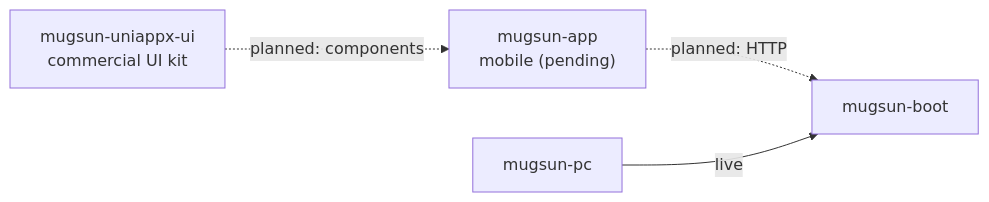
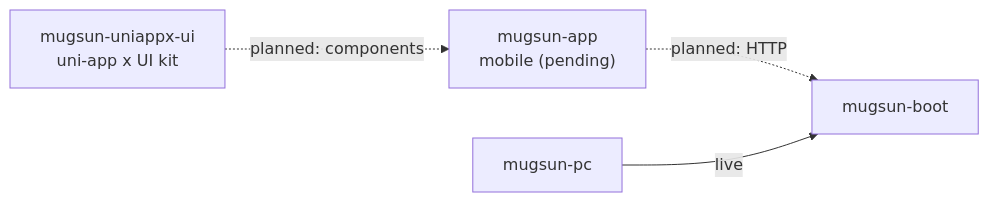
The diagram in README_EN.md (mugsun/mugsun-app), drawn with Mermaid before and after one commit. The commit also changed other lines of this file and 3 other files, not shown here.

````diff
--- a/README_EN.md
+++ b/README_EN.md
@@ -40,10 +41,10 @@
 ```mermaid
 graph LR
   APP["mugsun-app<br/>mobile (pending)"]
   BOOT["mugsun-boot"]
   PC["mugsun-pc"]
-  UI["mugsun-uniappx-ui<br/>commercial UI kit"]
+  UI["mugsun-uniappx-ui<br/>uni-app x UI kit"]
   APP -.->|"planned: HTTP"| BOOT
   PC -->|"live"| BOOT
   UI -.->|"planned: components"| APP
 ```
````
